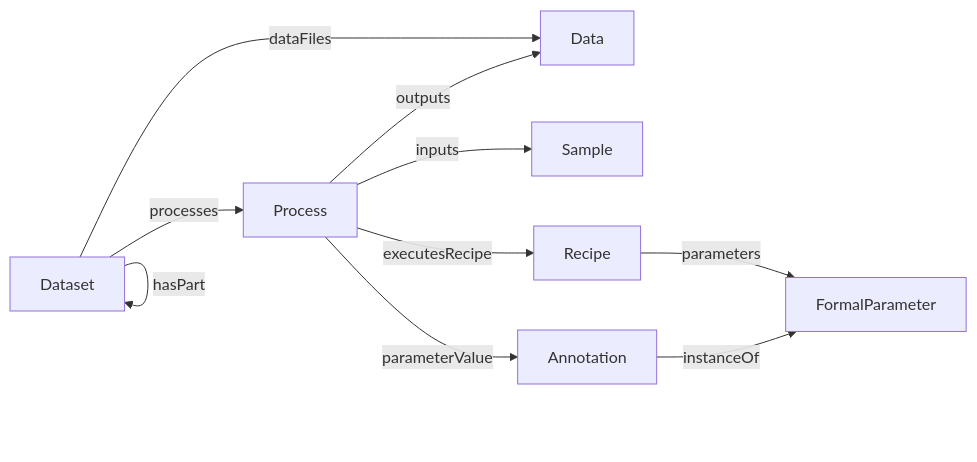
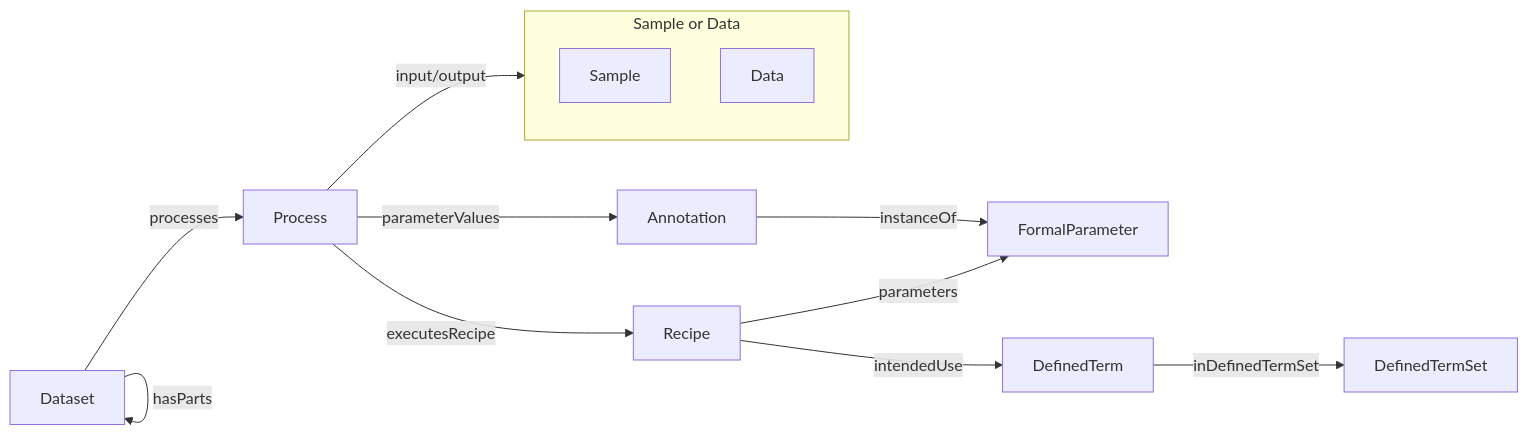
One commit to HLWeil/ARC-base-model changed the diagram in docs/spec/process_provenance/overview.md. Above: the diagram before and after it, drawn with Mermaid. The commit also changed other lines of this file and 1 other file, not shown here.

Commit message:
docs: align administrative and process provenance overviews

````diff
--- a/docs/spec/process_provenance/overview.md
+++ b/docs/spec/process_provenance/overview.md
@@ -28,12 +30,17 @@
 ```mermaid
 flowchart LR
+    subgraph io["Sample or Data"]
+        Sample
+        Data
+    end
+
     Dataset --processes--> Process
-    Dataset --dataFiles--> Data
-    Dataset --hasPart--> Dataset
-    Process --inputs--> Sample
-    Process --"outputs"--> Data
+    Dataset --hasParts--> Dataset
+    Process --"input/output"--> io
     Process --executesRecipe--> Recipe
-    Process --parameterValue--> Annotation
+    Process --parameterValues--> Annotation
     Recipe --parameters--> FormalParameter
     Annotation --instanceOf--> FormalParameter
+    Recipe --intendedUse--> DefinedTerm
+    DefinedTerm --inDefinedTermSet--> DefinedTermSet
 ```
````
